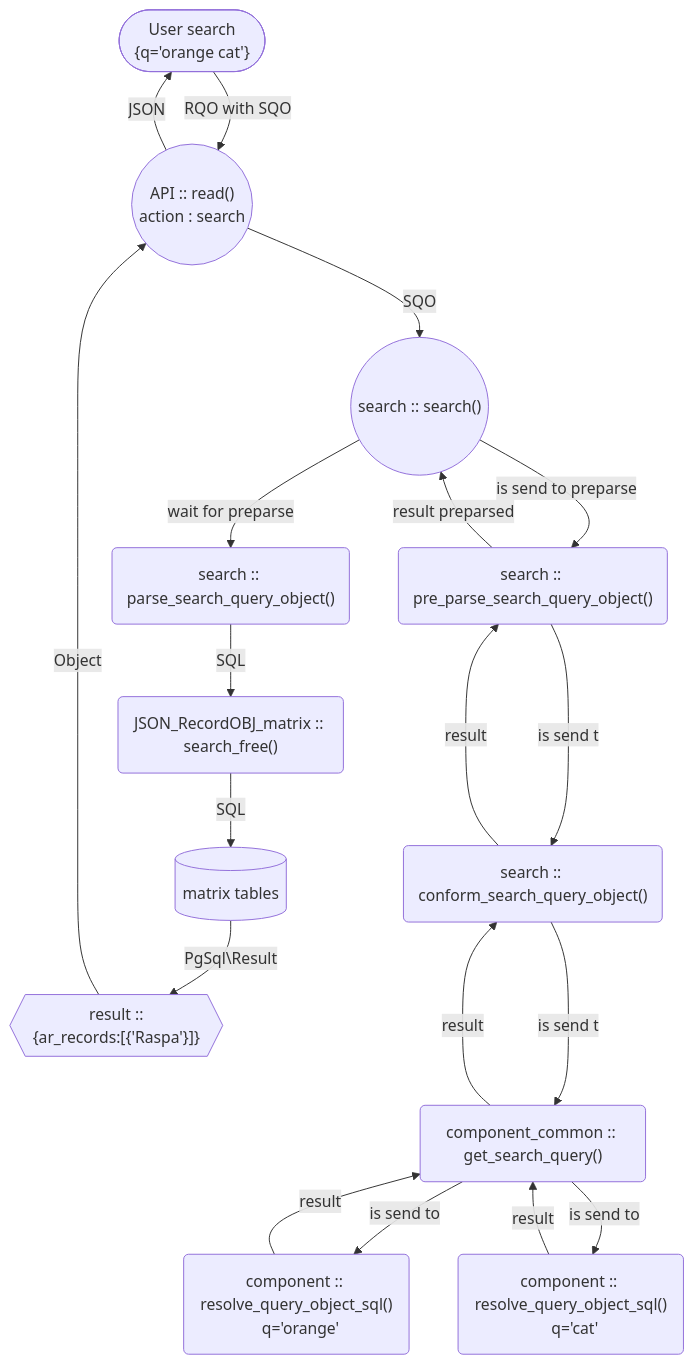
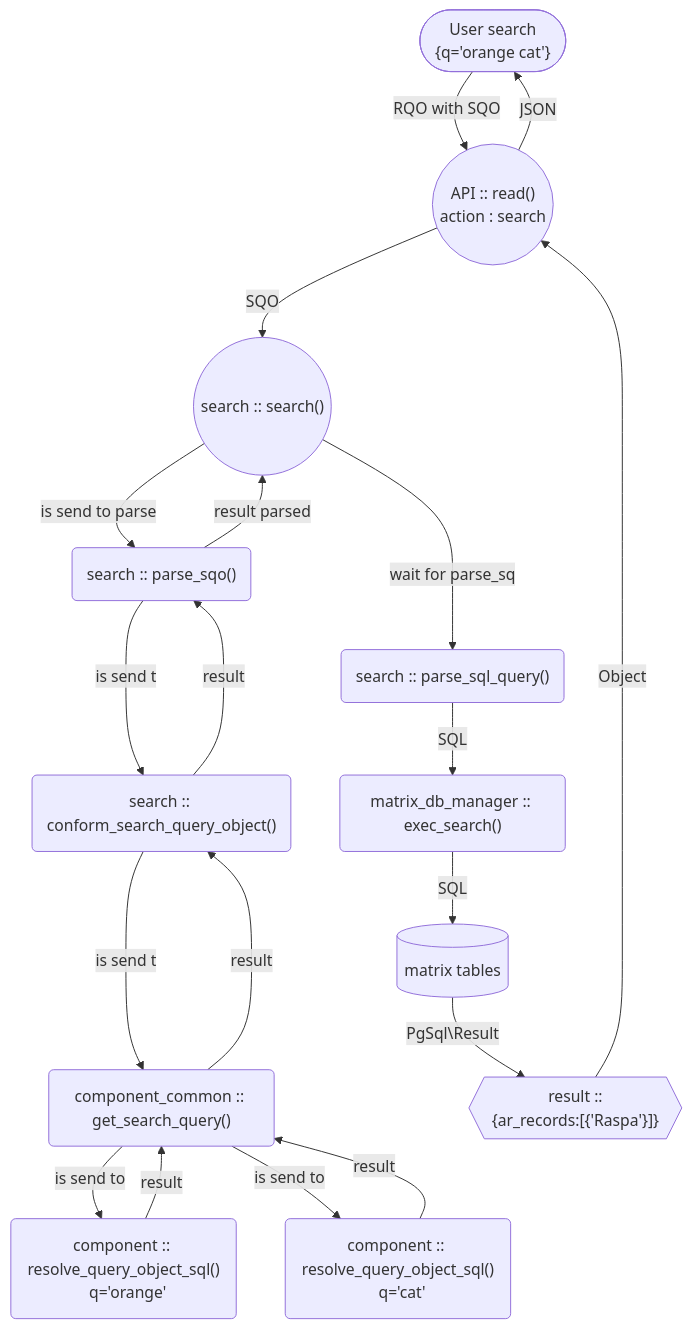
Before and after one commit to renderpci/dedalo: the first of 4 diagrams in docs/core/sqo.md, drawn with Mermaid. The commit also changed 15 other files, not shown here.

Commit message:
change: Replace all calls to `JSON_RecordDataBoundObject::search_free()` with new `matrix_db_manager::exec_search().

````diff
--- a/docs/core/sqo.md
+++ b/docs/core/sqo.md
@@ -21,29 +21,29 @@
 ```mermaid
     graph TD
     A(["User  search
      {q='orange cat'}"]) -- RQO with SQO--> B
     B(("API :: read()
     action : search"))
     B --SQO--> C(("search :: search()" ))
-    C --is send to preparse--> D("search :: pre_parse_search_query_object()" )
-    D-- result preparsed -->C
+    C --is send to parse--> D("search :: parse_sqo()" )
+    D-- result parsed -->C
     D --is send to--> E("search :: conform_search_query_object()" )
     E-- result -->D
     E --is send to--> F("component_common :: get_search_query()" )
     F-- result -->E
     F-- is send to -->G
     G("component :: resolve_query_object_sql()
       q='orange'")
     F-- is send to -->H
     H("component :: resolve_query_object_sql()
       q='cat' ")
     G-- result -->F
     H-- result -->F
-    C-- wait for preparse--> I("search :: parse_search_query_object()" )
-    I--SQL--> J("JSON_RecordOBJ_matrix :: search_free()" )
+    C-- wait for parse_sqo--> I("search :: parse_sql_query()")
+    I--SQL--> J("matrix_db_manager :: exec_search()")
     J--SQL-->Q[(matrix tables)]
     Q --PgSql\Result--> K{{"result ::
     {ar_records:[{'Raspa'}]}"}}
     K --Object--> B
     B --JSON--> A
 ```
````
